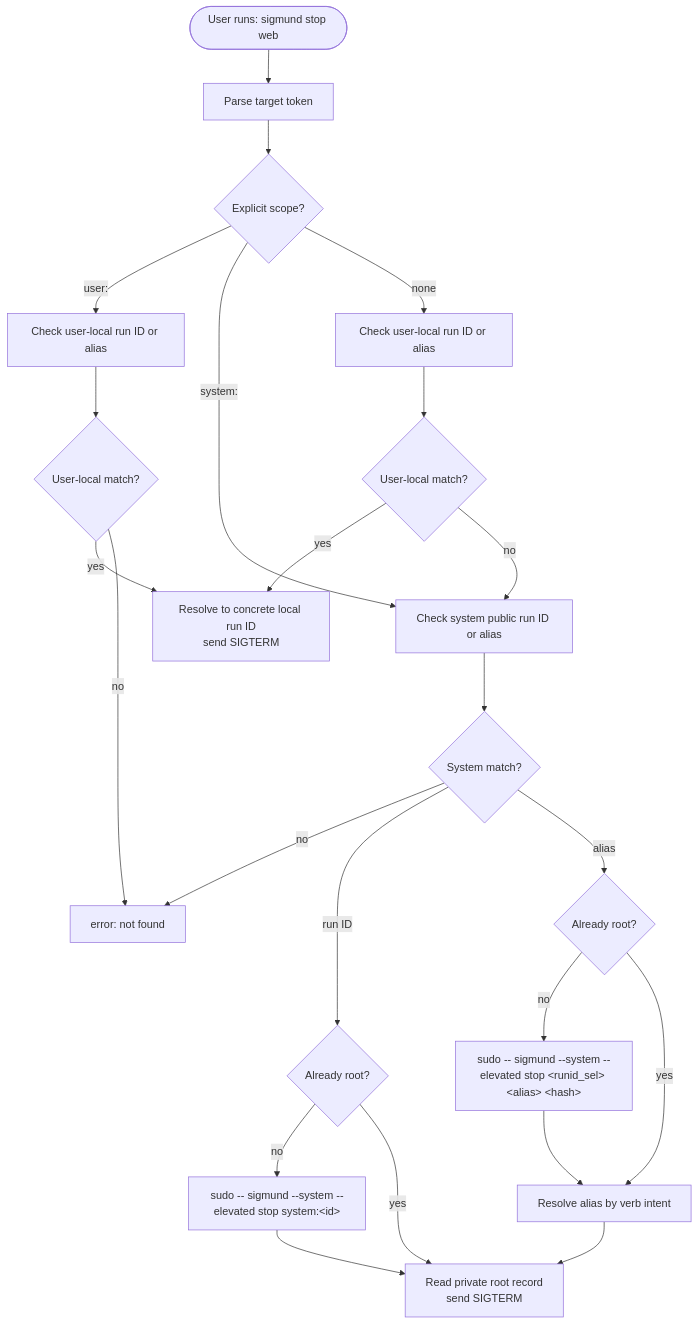
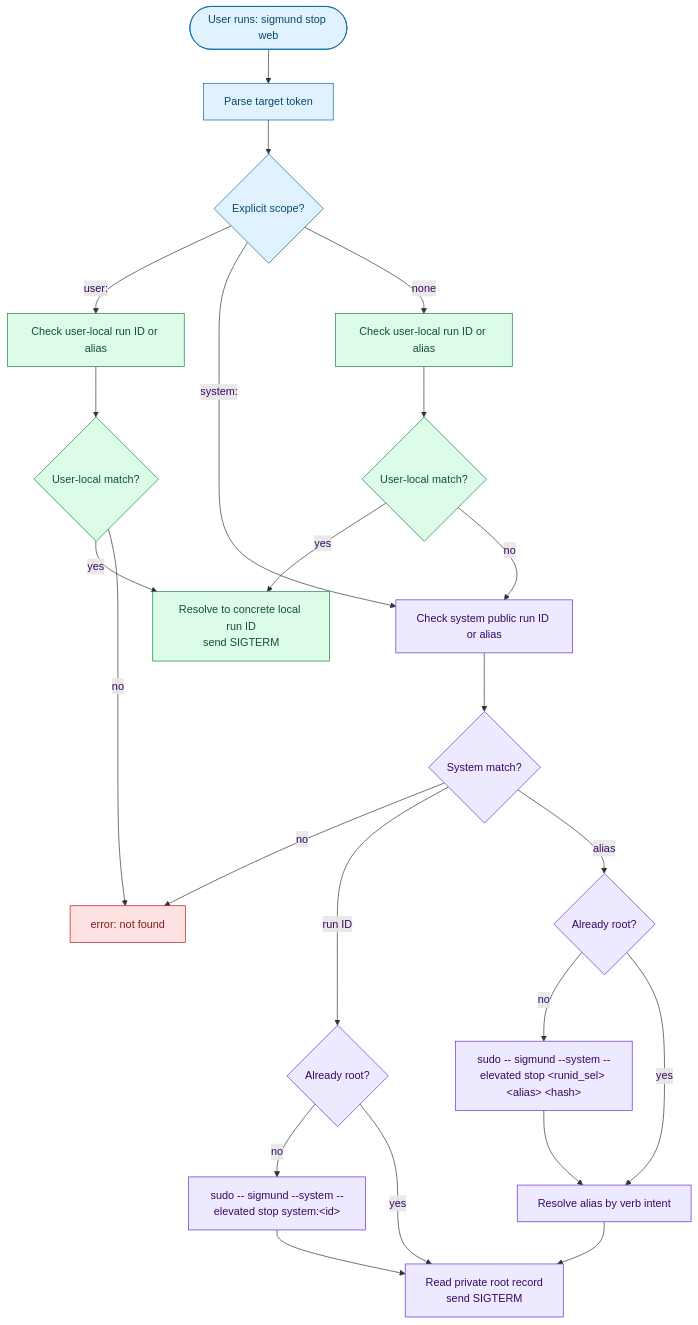
One commit to RchGrav/onhold changed the third of 4 diagrams in README.md. Above: the diagram before and after it, drawn with Mermaid. The commit also changed other lines of this file and 13 other files, not shown here.

````diff
--- a/README.md
+++ b/README.md
@@ -371,30 +390,39 @@
 ```mermaid
 flowchart TD
     Start(["User runs: sigmund stop web"]) --> Parse["Parse target token"]
     Parse --> Scope{"Explicit scope?"}
 
     Scope -->|"user:"| UserOnly["Check user-local run ID or alias"]
     Scope -->|"system:"| SystemOnly["Check system public run ID or alias"]
     Scope -->|"none"| LocalFirst["Check user-local run ID or alias"]
 
     LocalFirst --> LocalFound{"User-local match?"}
     LocalFound -->|"yes"| LocalExec["Resolve to concrete local run ID<br/>send SIGTERM"]
     LocalFound -->|"no"| SystemOnly
 
     UserOnly --> UserFound{"User-local match?"}
     UserFound -->|"yes"| LocalExec
     UserFound -->|"no"| NotFound["error: not found"]
 
     SystemOnly --> SystemFound{"System match?"}
     SystemFound -->|"no"| NotFound
     SystemFound -->|"run ID"| NeedRootID{"Already root?"}
     SystemFound -->|"alias"| NeedRootAlias{"Already root?"}
 
     NeedRootID -->|"no"| SudoID["sudo -- sigmund --system --elevated stop system:&lt;id&gt;"]
     NeedRootAlias -->|"no"| SudoAlias["sudo -- sigmund --system --elevated stop &lt;runid_sel&gt; &lt;alias&gt; &lt;hash&gt;"]
     NeedRootID -->|"yes"| RootExec["Read private root record<br/>send SIGTERM"]
     NeedRootAlias -->|"yes"| RootResolve["Resolve alias by verb intent"]
     RootResolve --> RootExec
     SudoID --> RootExec
     SudoAlias --> RootResolve
+
+    classDef input fill:#e0f2fe,stroke:#0369a1,color:#0c4a6e
+    classDef local fill:#dcfce7,stroke:#15803d,color:#14532d
+    classDef root fill:#ede9fe,stroke:#6d28d9,color:#3b0764
+    classDef safety fill:#fee2e2,stroke:#b91c1c,color:#7f1d1d
+    class Start,Parse,Scope input
+    class UserOnly,LocalFirst,LocalFound,UserFound,LocalExec local
+    class SystemOnly,SystemFound,NeedRootID,NeedRootAlias,SudoID,SudoAlias,RootResolve,RootExec root
+    class NotFound safety
 ```
````
